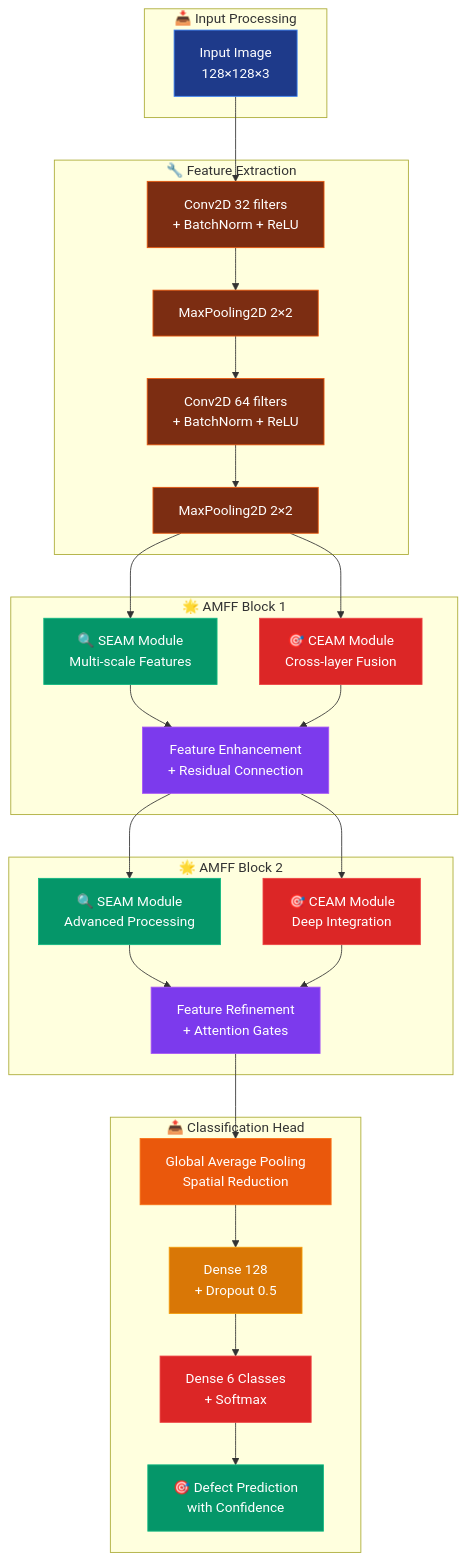
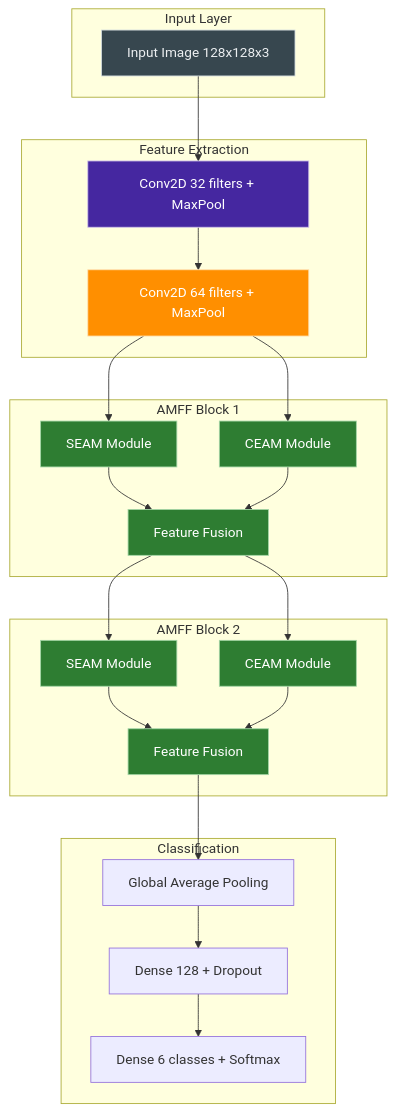
The second of 3 diagrams in README.md (RiteshKumar2e/Steel_Surface_Defect_NEU_DET-DATASET), drawn with Mermaid before and after one commit. The commit also changed other lines of this file, not shown here.

````diff
--- a/README.md
+++ b/README.md
@@ -377,64 +119,53 @@
 ```mermaid
 flowchart TB
-    subgraph "📥 Input Processing"
-        A[Input Image<br/>128×128×3]
-        style A fill:#1e3a8a,stroke:#3b82f6,color:#ffffff
+    subgraph "Input Layer"
+        A[Input Image 128x128x3]
     end
     
-    subgraph "🔧 Feature Extraction"
-        B[Conv2D 32 filters<br/>+ BatchNorm + ReLU]
-        C[MaxPooling2D 2×2]
-        D[Conv2D 64 filters<br/>+ BatchNorm + ReLU] 
-        E[MaxPooling2D 2×2]
-        style B fill:#7c2d12,stroke:#ea580c,color:#ffffff
-        style C fill:#7c2d12,stroke:#ea580c,color:#ffffff
-        style D fill:#7c2d12,stroke:#ea580c,color:#ffffff
-        style E fill:#7c2d12,stroke:#ea580c,color:#ffffff
+    subgraph "Feature Extraction"
+        B[Conv2D 32 filters + MaxPool]
+        C[Conv2D 64 filters + MaxPool]
     end
     
-    subgraph "🌟 AMFF Block 1"
-        F[🔍 SEAM Module<br/>Multi-scale Features]
-        G[🎯 CEAM Module<br/>Cross-layer Fusion]
-        H[Feature Enhancement<br/>+ Residual Connection]
-        style F fill:#059669,stroke:#10b981,color:#ffffff
-        style G fill:#dc2626,stroke:#ef4444,color:#ffffff
-        style H fill:#7c3aed,stroke:#a855f7,color:#ffffff
+    subgraph "AMFF Block 1"
+        D[SEAM Module]
+        E[CEAM Module]
+        F[Feature Fusion]
     end
     
-    subgraph "🌟 AMFF Block 2" 
-        I[🔍 SEAM Module<br/>Advanced Processing]
-        J[🎯 CEAM Module<br/>Deep Integration]
-        K[Feature Refinement<br/>+ Attention Gates]
-        style I fill:#059669,stroke:#10b981,color:#ffffff
-        style J fill:#dc2626,stroke:#ef4444,color:#ffffff
-        style K fill:#7c3aed,stroke:#a855f7,color:#ffffff
+    subgraph "AMFF Block 2"
+        G[SEAM Module]
+        H[CEAM Module]
+        I[Feature Fusion]
     end
     
-    subgraph "📤 Classification Head"
-        L[Global Average Pooling<br/>Spatial Reduction]
-        M[Dense 128<br/>+ Dropout 0.5]
-        N[Dense 6 Classes<br/>+ Softmax]
-        O[🎯 Defect Prediction<br/>with Confidence]
-        style L fill:#ea580c,stroke:#f97316,color:#ffffff
-        style M fill:#d97706,stroke:#f59e0b,color:#ffffff
-        style N fill:#dc2626,stroke:#ef4444,color:#ffffff
-        style O fill:#059669,stroke:#10b981,color:#ffffff
+    subgraph "Classification"
+        J[Global Average Pooling]
+        K[Dense 128 + Dropout]
+        L[Dense 6 classes + Softmax]
     end
     
     A --> B
     B --> C
     C --> D
-    D --> E
+    C --> E
+    D --> F
     E --> F
-    E --> G
+    F --> G
     F --> H
-    G --> H
+    G --> I
     H --> I
-    H --> J
-    I --> K
+    I --> J
     J --> K
     K --> L
-    L --> M
-    M --> N
-    N --> O
+    
+style A fill:#37474f,stroke:#cfd8dc,color:#eceff1
+style B fill:#4527a0,stroke:#d1c4e9,color:#ffffff
+style C fill:#ff8f00,stroke:#ffe0b2,color:#ffffff
+style D fill:#2e7d32,stroke:#a5d6a7,color:#ffffff
+style E fill:#2e7d32,stroke:#a5d6a7,color:#ffffff
+style F fill:#2e7d32,stroke:#a5d6a7,color:#ffffff
+style G fill:#2e7d32,stroke:#a5d6a7,color:#ffffff
+style H fill:#2e7d32,stroke:#a5d6a7,color:#ffffff
+style I fill:#2e7d32,stroke:#a5d6a7,color:#ffffff
 ```
````
